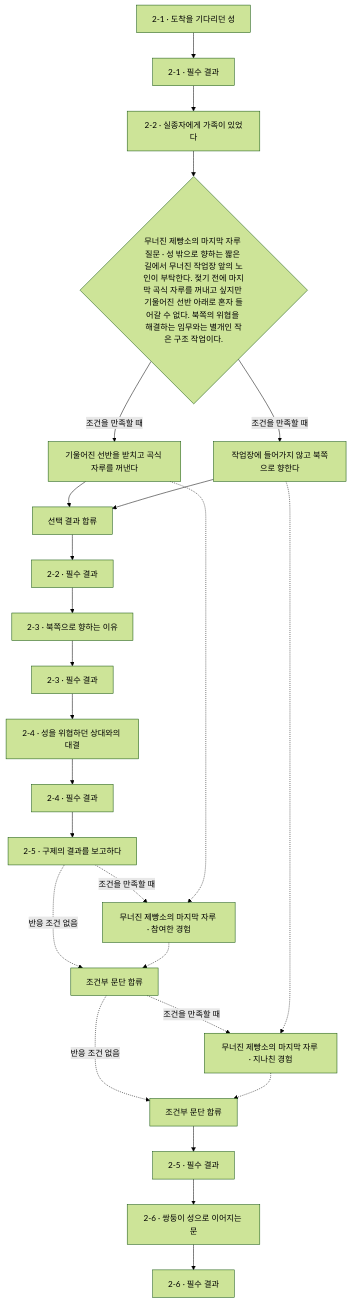
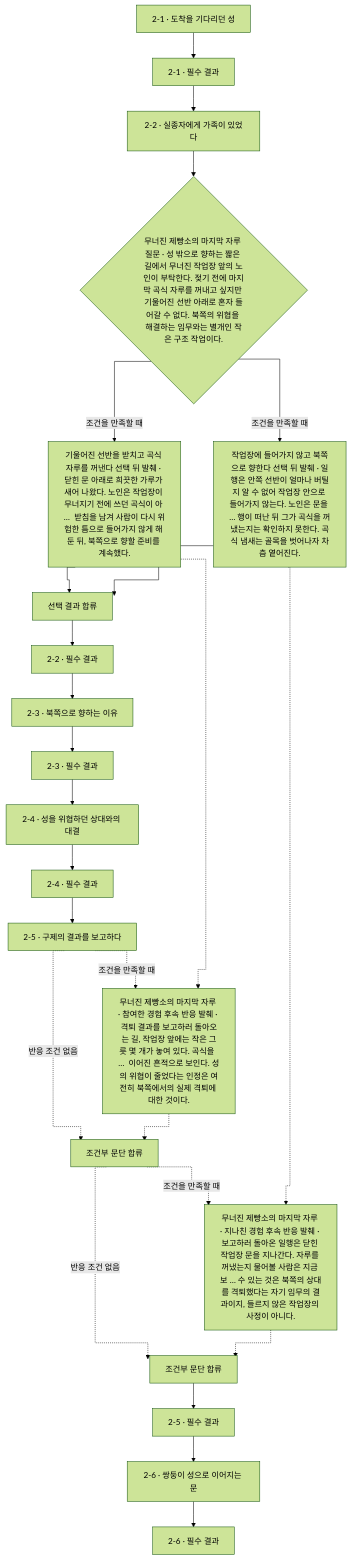
The fourth of 17 diagrams in novel/writing/side-stories/generated/flow.md (obmaz/lore), drawn with Mermaid (forest theme) before and after one commit. The commit also changed other lines of this file and 20 other files, not shown here.

Commit message:
Show branch outcomes and route graph memory links orthogonally

````diff
--- a/novel/writing/side-stories/generated/flow.md
+++ b/novel/writing/side-stories/generated/flow.md
@@ -471,47 +474,48 @@
 ```mermaid
+%%{init: {"flowchart": {"curve": "stepAfter"}}}%%
 flowchart TB
   nfed5823dfdf953b1["2-1 · 도착을 기다리던 성"]
   n2128aa188d762faa["2-1 · 필수 결과"]
   n79cd1dd2fb91fa49["2-2 · 실종자에게 가족이 있었다"]
   nb5479a53fa46c3a3{"무너진 제빵소의 마지막 자루 질문 · 성 밖으로 향하는 짧은 길에서 무너진 작업장 앞의 노인이 부탁한다. 젖기 전에 마지막 곡식 자루를 꺼내고 싶지만 기울어진 선반 아래로 혼자 들어갈 수 없다. 북쪽의 위협을 해결하는 임무와는 별개인 작은 구조 작업이다."}
   n50debfd093bca505["선택 결과 합류"]
-  n202ab7ebd8075bd3["기울어진 선반을 받치고 곡식 자루를 꺼낸다"]
-  n5e695ea22f1e9534["작업장에 들어가지 않고 북쪽으로 향한다"]
+  n202ab7ebd8075bd3["기울어진 선반을 받치고 곡식 자루를 꺼낸다 선택 뒤 발췌 · 닫힌 문 아래로 희끗한 가루가 새어 나왔다. 노인은 작업장이 무너지기 전에 쓰던 곡식이 아 …  받침을 남겨 사람이 다시 위험한 틈으로 들어가지 않게 해 둔 뒤, 북쪽으로 향할 준비를 계속했다."]
+  n5e695ea22f1e9534["작업장에 들어가지 않고 북쪽으로 향한다 선택 뒤 발췌 · 일행은 안쪽 선반이 얼마나 버틸지 알 수 없어 작업장 안으로 들어가지 않는다. 노인은 문을 … 행이 떠난 뒤 그가 곡식을 꺼냈는지는 확인하지 못한다. 곡식 냄새는 골목을 벗어나자 차츰 옅어진다."]
   nd0229671db492f49["2-2 · 필수 결과"]
   n8208d9d41214edea["2-3 · 북쪽으로 향하는 이유"]
   nc07854db33e38c86["2-3 · 필수 결과"]
   nfd0e2f6b9b5a2775["2-4 · 성을 위협하던 상대와의 대결"]
   n516dd458bf0c473a["2-4 · 필수 결과"]
   nc1f156e260f1ca0a["2-5 · 구제의 결과를 보고하다"]
-  n90d458fb0a1b7281["무너진 제빵소의 마지막 자루 · 참여한 경험"]
+  n90d458fb0a1b7281["무너진 제빵소의 마지막 자루 · 참여한 경험 후속 반응 발췌 · 격퇴 결과를 보고하러 돌아오는 길, 작업장 앞에는 작은 그릇 몇 개가 놓여 있다. 곡식을  …  이어진 흔적으로 보인다. 성의 위협이 줄었다는 인정은 여전히 북쪽에서의 실제 격퇴에 대한 것이다."]
   nac30c04e3f9885bd["조건부 문단 합류"]
-  n54d2c4fb1ff936bf["무너진 제빵소의 마지막 자루 · 지나친 경험"]
+  n54d2c4fb1ff936bf["무너진 제빵소의 마지막 자루 · 지나친 경험 후속 반응 발췌 · 보고하러 돌아온 일행은 닫힌 작업장 문을 지나간다. 자루를 꺼냈는지 물어볼 사람은 지금 보 … 수 있는 것은 북쪽의 상대를 격퇴했다는 자기 임무의 결과이지, 들르지 않은 작업장의 사정이 아니다."]
   n63f7862dab0482f8["조건부 문단 합류"]
   n2d4c4568fda0c36a["2-5 · 필수 결과"]
   n5ad1d471fa651f2a["2-6 · 쌍둥이 성으로 이어지는 문"]
   n769a822f209aecdd["2-6 · 필수 결과"]
   nfed5823dfdf953b1 --> n2128aa188d762faa
   n79cd1dd2fb91fa49 --> nb5479a53fa46c3a3
   nb5479a53fa46c3a3 -->|조건을 만족할 때| n202ab7ebd8075bd3
   n202ab7ebd8075bd3 --> n50debfd093bca505
   nb5479a53fa46c3a3 -->|조건을 만족할 때| n5e695ea22f1e9534
   n5e695ea22f1e9534 --> n50debfd093bca505
   n50debfd093bca505 --> nd0229671db492f49
   n2128aa188d762faa --> n79cd1dd2fb91fa49
   n8208d9d41214edea --> nc07854db33e38c86
   nd0229671db492f49 --> n8208d9d41214edea
   nfd0e2f6b9b5a2775 --> n516dd458bf0c473a
   nc07854db33e38c86 --> nfd0e2f6b9b5a2775
   nc1f156e260f1ca0a -.->|조건을 만족할 때| n90d458fb0a1b7281
   nc1f156e260f1ca0a -.->|반응 조건 없음| nac30c04e3f9885bd
   n90d458fb0a1b7281 -.-> nac30c04e3f9885bd
   nac30c04e3f9885bd -.->|조건을 만족할 때| n54d2c4fb1ff936bf
   nac30c04e3f9885bd -.->|반응 조건 없음| n63f7862dab0482f8
   n54d2c4fb1ff936bf -.-> n63f7862dab0482f8
   n63f7862dab0482f8 --> n2d4c4568fda0c36a
   n516dd458bf0c473a --> nc1f156e260f1ca0a
   n5ad1d471fa651f2a --> n769a822f209aecdd
   n2d4c4568fda0c36a --> n5ad1d471fa651f2a
   n202ab7ebd8075bd3 -.-> n90d458fb0a1b7281
   n5e695ea22f1e9534 -.-> n54d2c4fb1ff936bf
 ```
````
